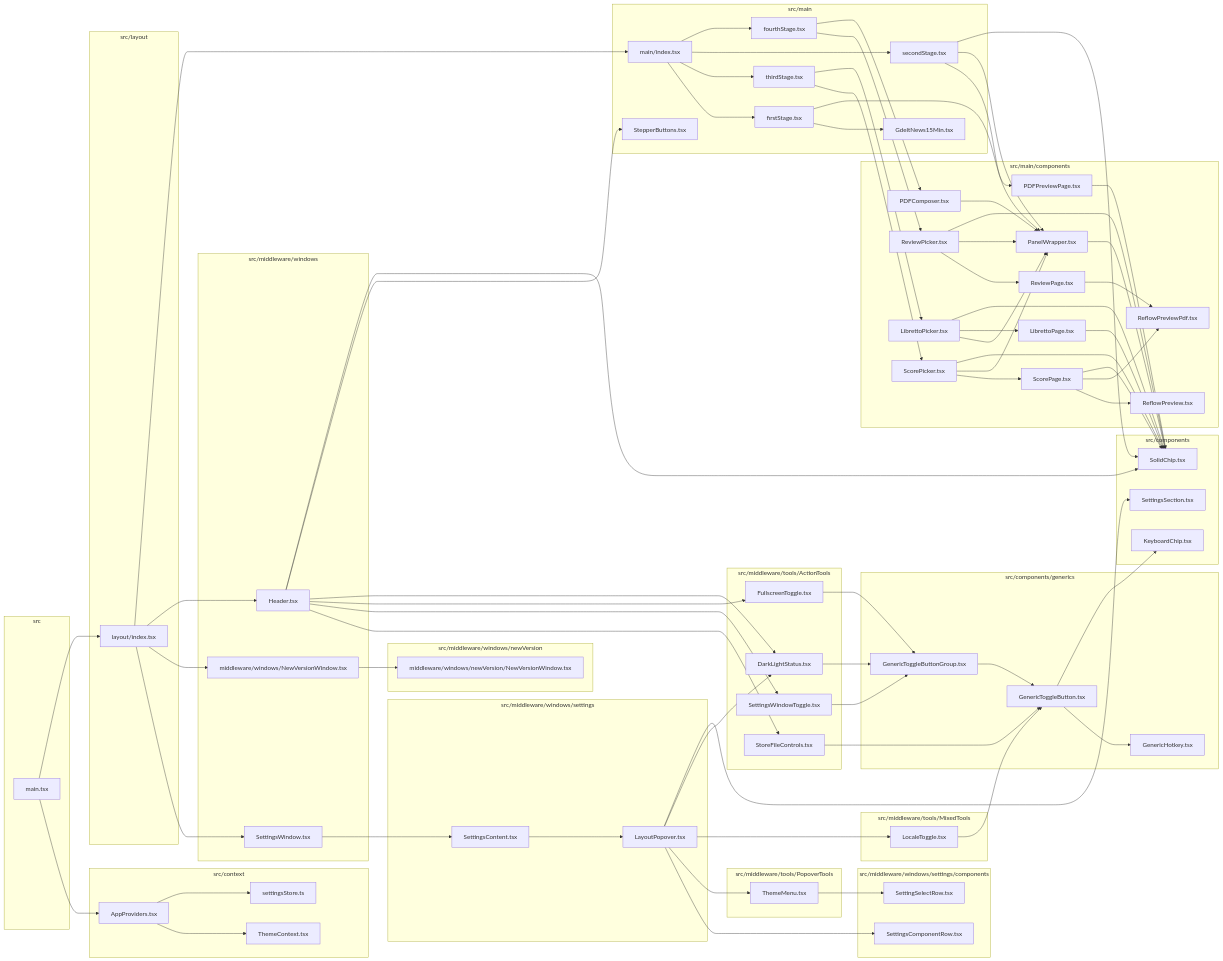
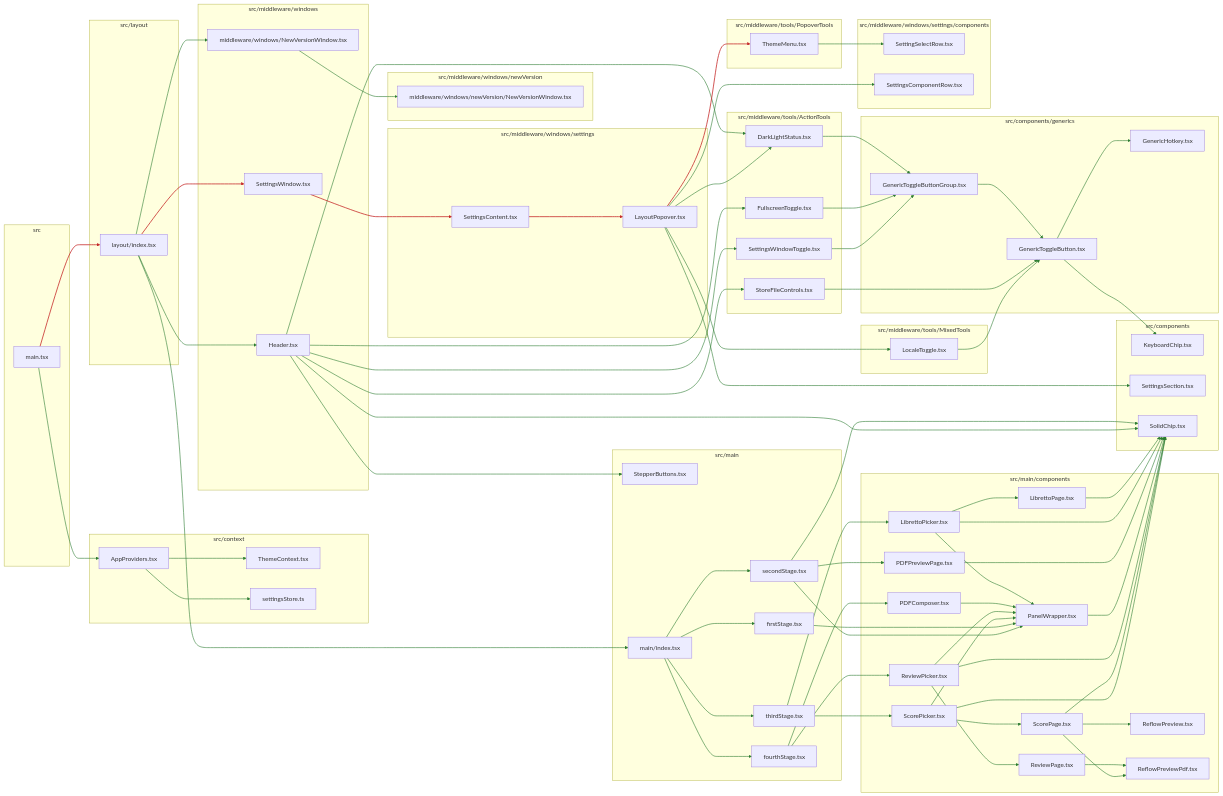
One commit to rand0mC0d3r/ScoreLink changed the diagram in docs/architecture/components.mmd. Above: the diagram before and after it, drawn with Mermaid. The commit also changed 36 other files, not shown here.

First line of the commit message:
Add architecture diagram for pipeline components, stages, and themes

```diff
--- a/docs/architecture/components.mmd
+++ b/docs/architecture/components.mmd
@@ -21,7 +21,6 @@
     n_src_layout_index_tsx["layout/index.tsx"]
   end
   subgraph sg5["src/main"]
-    n_src_main_GdeltNews15Min_tsx["GdeltNews15Min.tsx"]
     n_src_main_StepperButtons_tsx["StepperButtons.tsx"]
     n_src_main_firstStage_tsx["firstStage.tsx"]
     n_src_main_fourthStage_tsx["fourthStage.tsx"]
@@ -99,7 +98,6 @@
   n_src_main_components_ScorePicker_tsx --> n_src_main_components_PanelWrapper_tsx
   n_src_main_components_ScorePicker_tsx --> n_src_main_components_ScorePage_tsx
   n_src_main_firstStage_tsx --> n_src_main_components_PanelWrapper_tsx
-  n_src_main_firstStage_tsx --> n_src_main_GdeltNews15Min_tsx
   n_src_main_fourthStage_tsx --> n_src_main_components_PDFComposer_tsx
   n_src_main_fourthStage_tsx --> n_src_main_components_ReviewPicker_tsx
   n_src_main_index_tsx --> n_src_main_fourthStage_tsx
@@ -142,7 +140,6 @@
   click n_src_context_ThemeContext_tsx "../../src/context/ThemeContext.tsx" "src/context/ThemeContext.tsx"
   click n_src_context_settingsStore_ts "../../src/context/settingsStore.ts" "src/context/settingsStore.ts"
   click n_src_layout_index_tsx "../../src/layout/index.tsx" "src/layout/index.tsx"
-  click n_src_main_GdeltNews15Min_tsx "../../src/main/GdeltNews15Min.tsx" "src/main/GdeltNews15Min.tsx"
   click n_src_main_StepperButtons_tsx "../../src/main/StepperButtons.tsx" "src/main/StepperButtons.tsx"
   click n_src_main_firstStage_tsx "../../src/main/firstStage.tsx" "src/main/firstStage.tsx"
   click n_src_main_fourthStage_tsx "../../src/main/fourthStage.tsx" "src/main/fourthStage.tsx"
@@ -174,9 +171,12 @@
   click n_src_middleware_windows_settings_SettingsContent_tsx "../../src/middleware/windows/settings/SettingsContent.tsx" "src/middleware/windows/settings/SettingsContent.tsx"
   click n_src_middleware_windows_settings_components_SettingSelectRow_tsx "../../src/middleware/windows/settings/components/SettingSelectRow.tsx" "src/middleware/windows/settings/components/SettingSelectRow.tsx"
   click n_src_middleware_windows_settings_components_SettingsComponentRow_tsx "../../src/middleware/windows/settings/components/SettingsComponentRow.tsx" "src/middleware/windows/settings/components/SettingsComponentRow.tsx"
+  linkStyle 0,1,2,3,4,5,6,7,10,11,12,13,14,15,16,17,18,19,20,21,22,23,24,25,26,27,28,29,30,31,32,33,34,35,36,37,38,39,40,41,42,43,44,45,46,47,48,49,50,51,52,54,55,56,58 stroke:#2e7d32,stroke-width:1.5px,color:#2e7d32
+  linkStyle 8,9,53,57,59 stroke:#c62828,stroke-width:2px,color:#c62828
   classDef mod fill:#e8f0fe,stroke:#3b6fb6,color:#000
   classDef ext fill:#f5f5f5,stroke:#9e9e9e,stroke-dasharray:4 3,color:#333
   classDef store fill:#fff7e0,stroke:#b58900,color:#000
   classDef sym fill:#f3e8ff,stroke:#7e57c2,color:#000
   classDef hookdef fill:#e0f7fa,stroke:#00838f,color:#000
   classDef entry fill:#e6f4ea,stroke:#2e7d32,color:#000
+  classDef pipe fill:#e3f2fd,stroke:#1565c0,color:#000
```
